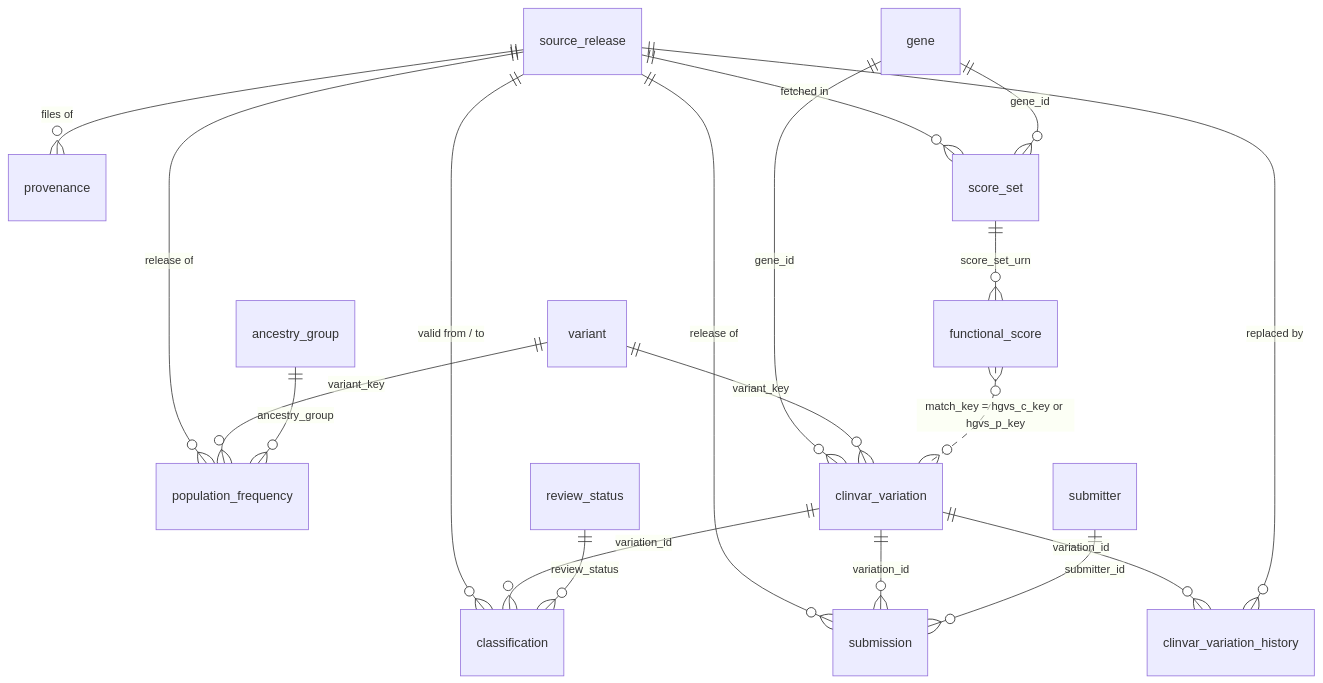
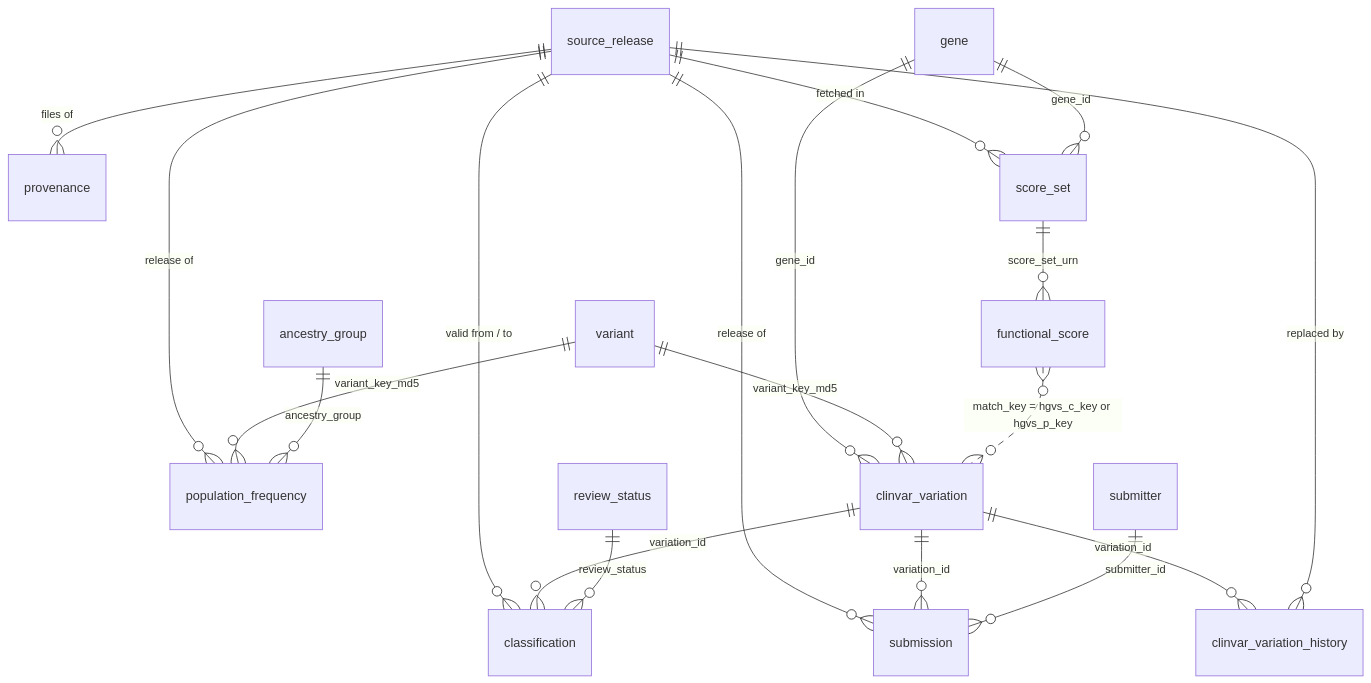
One commit to Daneshpajouh/clinvar-history changed the diagram in docs/er_diagram.md. Above: the diagram before and after it, drawn with Mermaid. The commit also changed other lines of this file and 11 other files, not shown here.

Commit message:
Key variants by an MD5 of variant_key so a full PostgreSQL load fits the B-tree limit

````diff
--- a/docs/er_diagram.md
+++ b/docs/er_diagram.md
@@ -3,21 +3,21 @@
 ```mermaid
 erDiagram
     source_release ||--o{ provenance : "files of"
     source_release ||--o{ classification : "valid from / to"
     source_release ||--o{ submission : "release of"
     source_release ||--o{ population_frequency : "release of"
     source_release ||--o{ score_set : "fetched in"
     gene ||--o{ clinvar_variation : "gene_id"
     gene ||--o{ score_set : "gene_id"
-    variant ||--o{ clinvar_variation : "variant_key"
-    variant ||--o{ population_frequency : "variant_key"
+    variant ||--o{ clinvar_variation : "variant_key_md5"
+    variant ||--o{ population_frequency : "variant_key_md5"
     clinvar_variation ||--o{ classification : "variation_id"
     clinvar_variation ||--o{ submission : "variation_id"
     clinvar_variation ||--o{ clinvar_variation_history : "variation_id"
     source_release ||--o{ clinvar_variation_history : "replaced by"
     submitter ||--o{ submission : "submitter_id"
     review_status ||--o{ classification : "review_status"
     ancestry_group ||--o{ population_frequency : "ancestry_group"
     score_set ||--o{ functional_score : "score_set_urn"
     functional_score }o..o{ clinvar_variation : "match_key = hgvs_c_key or hgvs_p_key"
 ```
````
